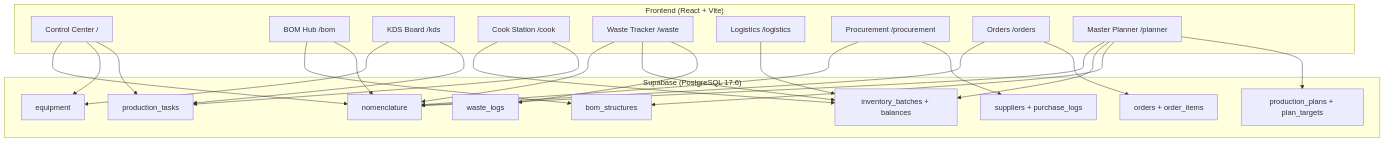
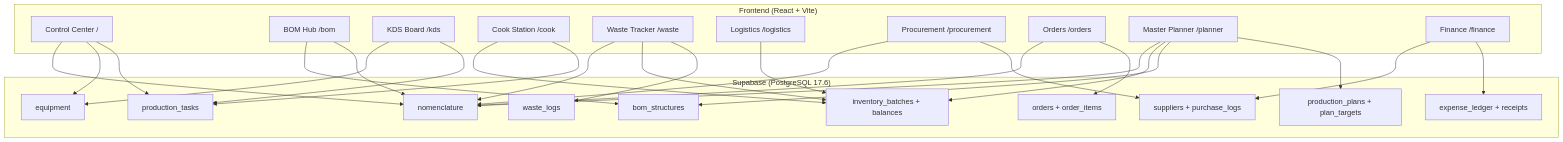
One commit to Lesyanich/shishka-os changed the diagram in 02_Obsidian_Vault/Shishka OS Architecture.md. Above: the diagram before and after it, drawn with Mermaid. The commit also changed other lines of this file and 8 other files, not shown here.

````diff
--- a/02_Obsidian_Vault/Shishka OS Architecture.md
+++ b/02_Obsidian_Vault/Shishka OS Architecture.md
@@ -24,36 +24,39 @@
 ```mermaid
 graph TD
     subgraph Frontend ["Frontend (React + Vite)"]
         CC[Control Center /]
         BOM[BOM Hub /bom]
         KDS[KDS Board /kds]
         COOK[Cook Station /cook]
         WASTE[Waste Tracker /waste]
         LOG[Logistics /logistics]
         PROC[Procurement /procurement]
         ORD[Orders /orders]
         MRP[Master Planner /planner]
+        FIN[Finance /finance]
     end
 
     subgraph Backend ["Supabase (PostgreSQL 17.6)"]
         NOM[nomenclature]
         BS[bom_structures]
         PT[production_tasks]
         EQ[equipment]
         INV[inventory_batches + balances]
         WL[waste_logs]
         SUP[suppliers + purchase_logs]
         ORDERS[orders + order_items]
         PLANS[production_plans + plan_targets]
+        EXP[expense_ledger + receipts]
     end
 
     CC --> PT & EQ & NOM
     BOM --> NOM & BS
     KDS --> PT & EQ
     COOK --> PT & INV
     WASTE --> WL & INV & NOM
     LOG --> INV
     PROC --> SUP & NOM
     ORD --> ORDERS & NOM
     MRP --> PLANS & BS & INV & NOM
+    FIN --> EXP & SUP
 ```
````
